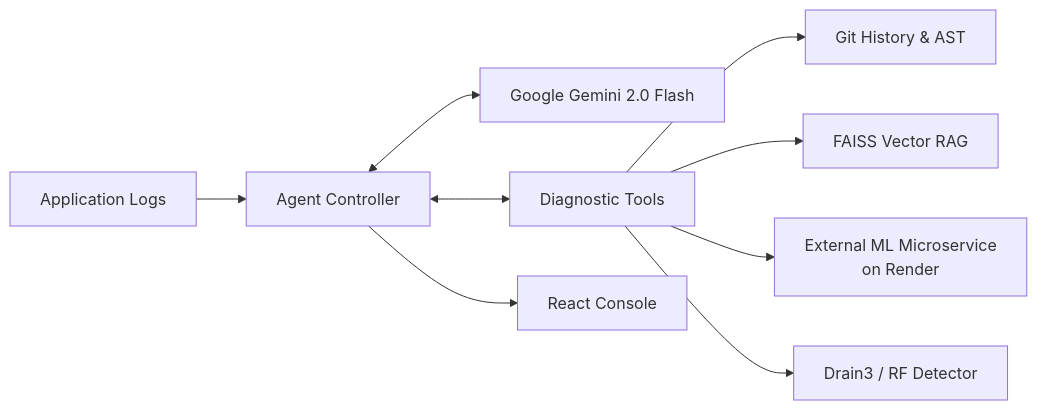
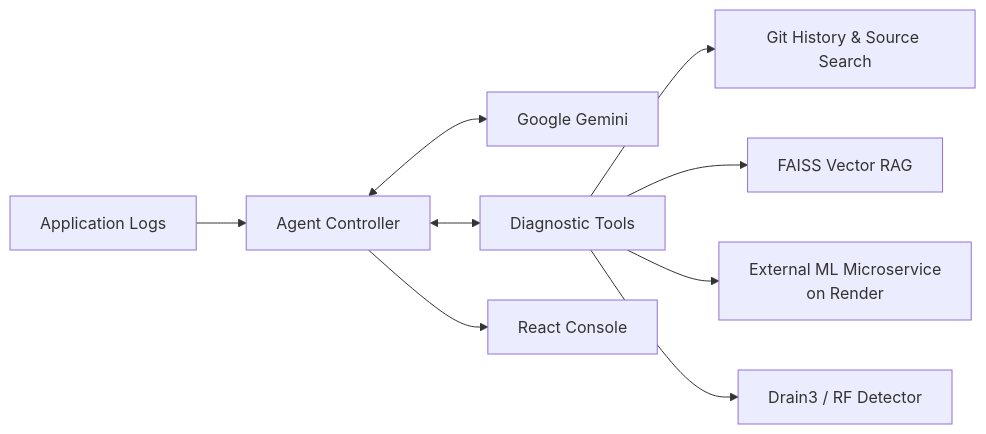
Before and after one commit to aryaman0406/LogAnalyzer: the diagram in README.md, drawn with Mermaid. The commit also changed other lines of this file and 23 other files, not shown here.

````diff
--- a/README.md
+++ b/README.md
@@ -15,11 +15,11 @@
 ```mermaid
 flowchart LR
     Logs[Application Logs] --> Controller[Agent Controller]
-    Controller <--> Gemini[Google Gemini 2.0 Flash]
+    Controller <--> Gemini[Google Gemini]
     Controller <--> Tools[Diagnostic Tools]
-    Tools --> Git[Git History & AST]
+    Tools --> Git[Git History & Source Search]
     Tools --> RAG[FAISS Vector RAG]
     Tools --> ML[External ML Microservice\non Render]
     Tools --> Anomaly[Drain3 / RF Detector]
     Controller --> UI[React Console]
 ```
````
